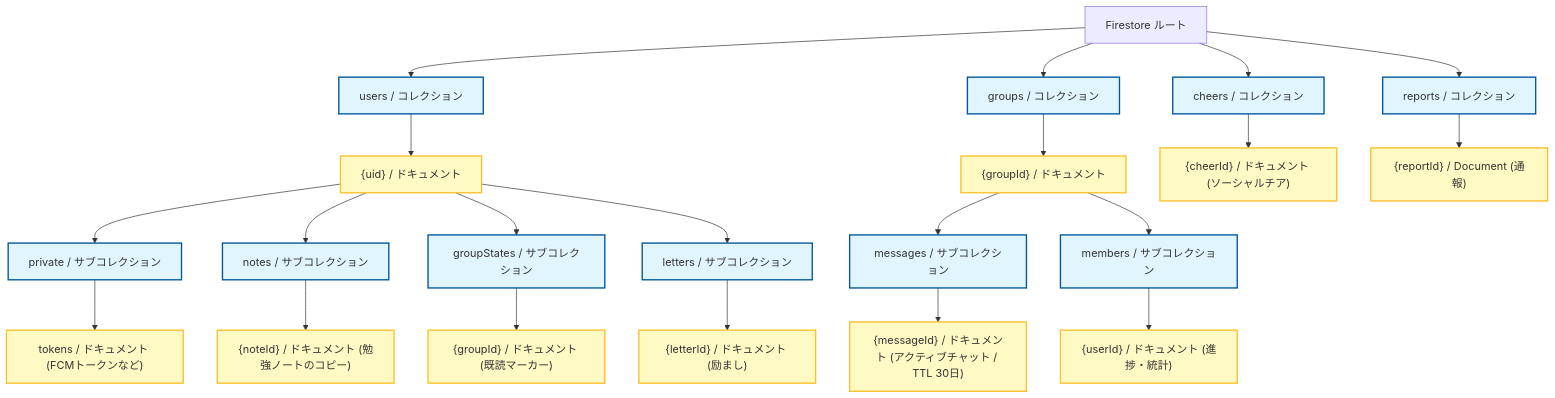
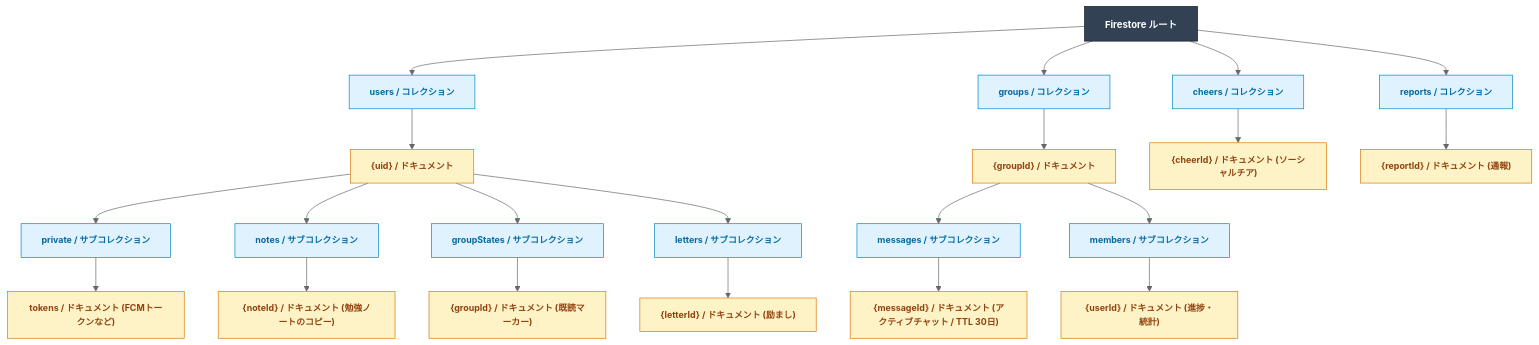
One commit to ScriptureHabit/scripture-habit changed the second of 2 diagrams in docs/ja/database-security.md. Above: the diagram before and after it, drawn with Mermaid.

Commit message:
Update Firestore structure visualization in Japanese

````diff
--- a/docs/ja/database-security.md
+++ b/docs/ja/database-security.md
@@ -80,35 +80,35 @@
 ```mermaid
+%%{init: {'theme': 'neutral'}}%%
 graph TD
-    Root[Firestore ルート]
-    
-    %% Users Root Collection
-    Root --> Users[users / コレクション]
-    Users --> UserDoc["{uid} / ドキュメント"]
-    UserDoc --> UserPrivate[private / サブコレクション]
-    UserPrivate --> TokenDoc["tokens / ドキュメント (FCMトークンなど)"]
-    UserDoc --> UserNotes[notes / サブコレクション]
-    UserNotes --> NoteDoc["{noteId} / ドキュメント (勉強ノートのコピー)"]
-    UserDoc --> GroupStates[groupStates / サブコレクション]
-    GroupStates --> GStateDoc["{groupId} / ドキュメント (既読マーカー)"]
-    UserDoc --> Letters[letters / サブコレクション]
-    Letters --> LetterDoc["{letterId} / ドキュメント (励まし)"]
-    
-    %% Groups Root Collection
-    Root --> Groups[groups / コレクション]
-    Groups --> GroupDoc["{groupId} / ドキュメント"]
-    GroupDoc --> Messages[messages / サブコレクション]
-    Messages --> MsgDoc["{messageId} / ドキュメント (アクティブチャット / TTL 30日)"]
-    GroupDoc --> Members[members / サブコレクション]
-    Members --> MemberDoc["{userId} / ドキュメント (進捗・統計)"]
-    
-    %% Cheers and Reports Root Collections
-    Root --> Cheers[cheers / コレクション]
-    Cheers --> CheerDoc["{cheerId} / ドキュメント (ソーシャルチア)"]
-    Root --> Reports[reports / コレクション]
-    Reports --> ReportDoc["{reportId} / Document (通報)"]
-    
-    classDef col fill:#e1f5fe,stroke:#01579b,stroke-width:2px;
-    classDef doc fill:#fff9c4,stroke:#fbc02d,stroke-width:2px;
-    class Users,Groups,Cheers,Reports,UserPrivate,UserNotes,GroupStates,Letters,Messages,Members col;
-    class UserDoc,TokenDoc,NoteDoc,GStateDoc,LetterDoc,GroupDoc,MsgDoc,MemberDoc,CheerDoc,ReportDoc doc;
+    classDef root fill:#334155,stroke:#0f172a,color:#ffffff,font-weight:bold,font-size:14px;
+    classDef collection fill:#e0f2fe,stroke:#0284c7,color:#0369a1,font-weight:bold,font-size:13px;
+    classDef document fill:#fef3c7,stroke:#d97706,color:#92400e,font-weight:bold,font-size:13px;
+
+    Root["Firestore ルート"]:::root
+
+    Root --> Users["users / コレクション"]:::collection
+    Root --> Groups["groups / コレクション"]:::collection
+    Root --> Cheers["cheers / コレクション"]:::collection
+    Root --> Reports["reports / コレクション"]:::collection
+
+    Users --> UserDoc["{uid} / ドキュメント"]:::document
+    Groups --> GroupDoc["{groupId} / ドキュメント"]:::document
+    Cheers --> CheerDoc["{cheerId} / ドキュメント (ソーシャルチア)"]:::document
+    Reports --> ReportDoc["{reportId} / ドキュメント (通報)"]:::document
+
+    UserDoc --> Private["private / サブコレクション"]:::collection
+    UserDoc --> Notes["notes / サブコレクション"]:::collection
+    UserDoc --> GroupStates["groupStates / サブコレクション"]:::collection
+    UserDoc --> Letters["letters / サブコレクション"]:::collection
+
+    Private --> TokensDoc["tokens / ドキュメント (FCMトークンなど)"]:::document
+    Notes --> NoteDoc["{noteId} / ドキュメント (勉強ノートのコピー)"]:::document
+    GroupStates --> GStateDoc["{groupId} / ドキュメント (既読マーカー)"]:::document
+    Letters --> LetterDoc["{letterId} / ドキュメント (励まし)"]:::document
+
+    GroupDoc --> Messages["messages / サブコレクション"]:::collection
+    GroupDoc --> Members["members / サブコレクション"]:::collection
+
+    Messages --> MsgDoc["{messageId} / ドキュメント (アクティブチャット / TTL 30日)"]:::document
+    Members --> MemberDoc["{userId} / ドキュメント (進捗・統計)"]:::document
 ```
````
